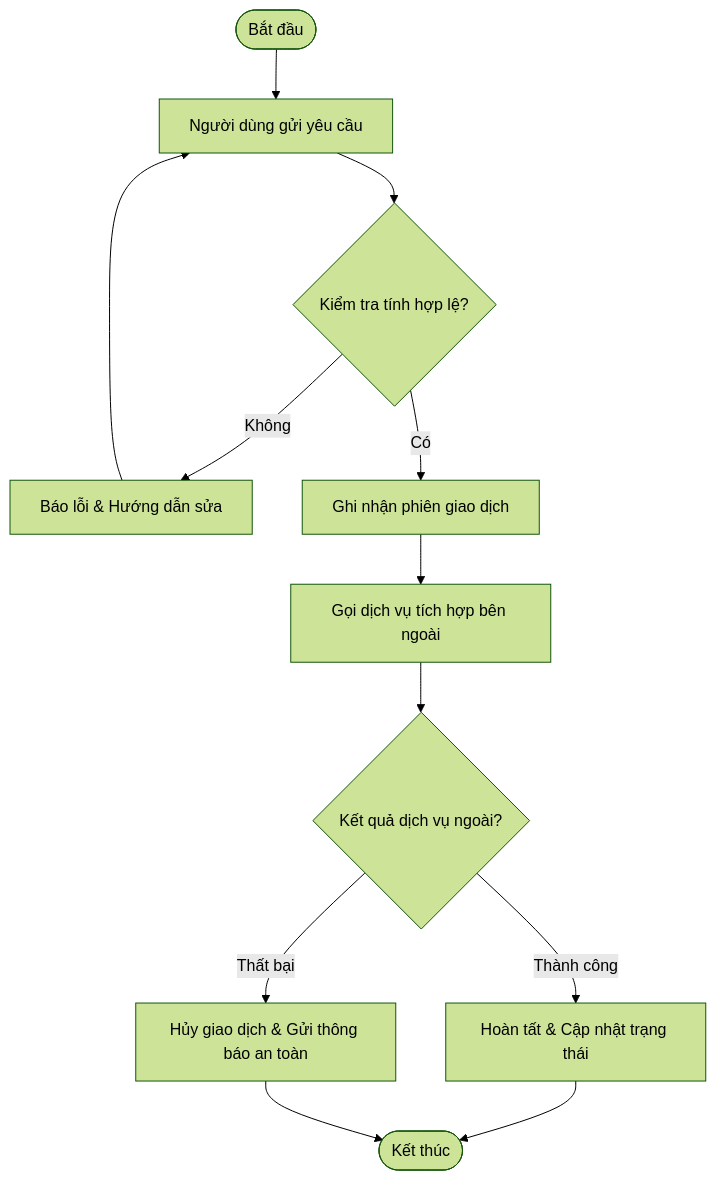
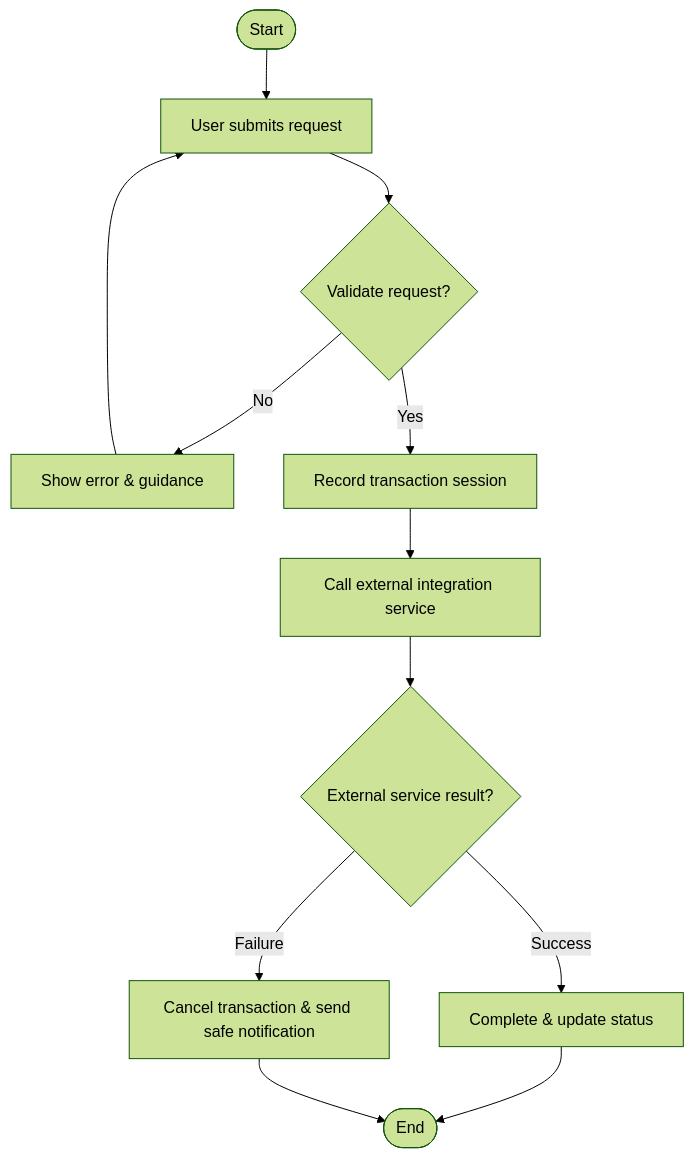
The diagram in .agents/skills/product-requirements/SKILL.md (phamvantienkiz/monocular-spatial-vision), drawn with Mermaid (forest theme) before and after one commit. The commit also changed other lines of this file and 53 other files, not shown here.

````diff
--- a/.agents/skills/product-requirements/SKILL.md
+++ b/.agents/skills/product-requirements/SKILL.md
@@ -216,14 +216,14 @@
 ```mermaid
 flowchart TD
-    Start([Bắt đầu]) --> Step1[Người dùng gửi yêu cầu]
-    Step1 --> Decision1{Kiểm tra tính hợp lệ?}
-    Decision1 -- Không --> Error1[Báo lỗi & Hướng dẫn sửa]
+    Start([Start]) --> Step1[User submits request]
+    Step1 --> Decision1{Validate request?}
+    Decision1 -- No --> Error1[Show error & guidance]
     Error1 --> Step1
-    Decision1 -- Có --> Step2[Ghi nhận phiên giao dịch]
-    Step2 --> Step3[Gọi dịch vụ tích hợp bên ngoài]
-    Step3 --> Decision2{Kết quả dịch vụ ngoài?}
-    Decision2 -- Thành công --> Success[Hoàn tất & Cập nhật trạng thái]
-    Decision2 -- Thất bại --> Fallback[Hủy giao dịch & Gửi thông báo an toàn]
-    Success --> End([Kết thúc])
+    Decision1 -- Yes --> Step2[Record transaction session]
+    Step2 --> Step3[Call external integration service]
+    Step3 --> Decision2{External service result?}
+    Decision2 -- Success --> Success[Complete & update status]
+    Decision2 -- Failure --> Fallback[Cancel transaction & send safe notification]
+    Success --> End([End])
     Fallback --> End
 ```
````
